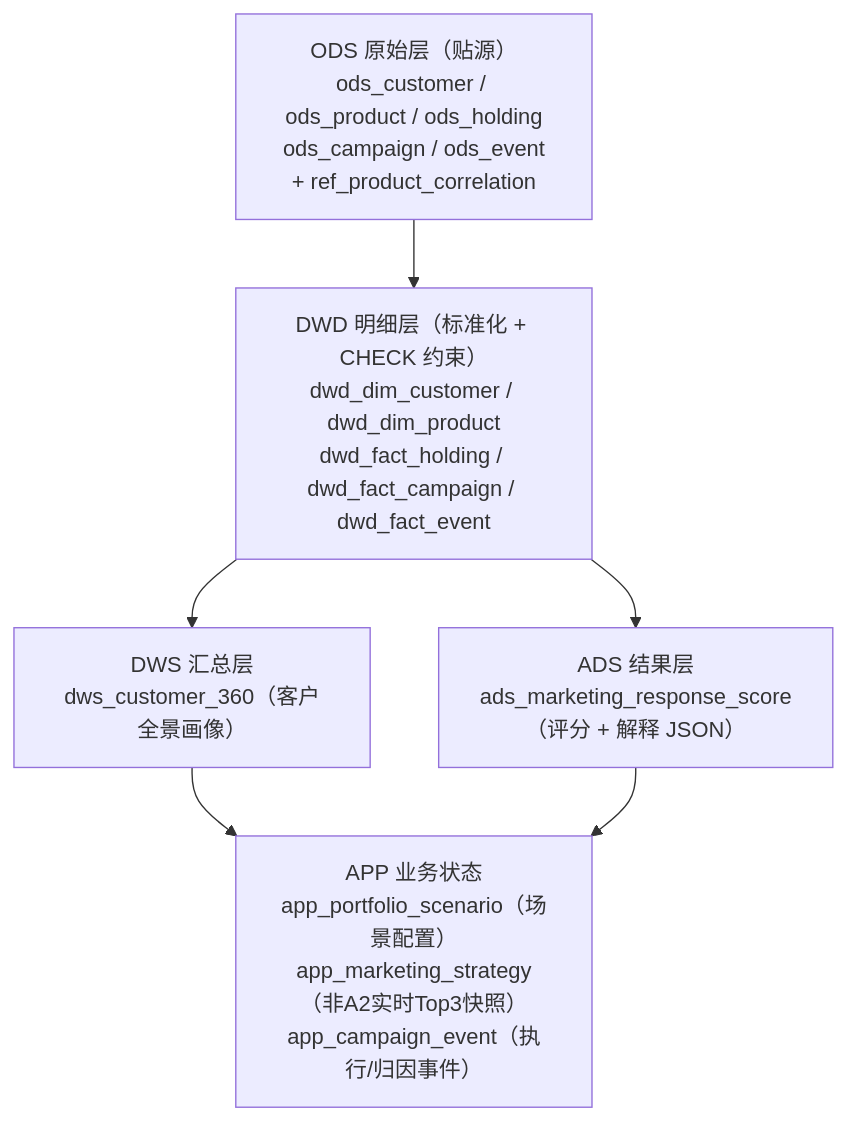
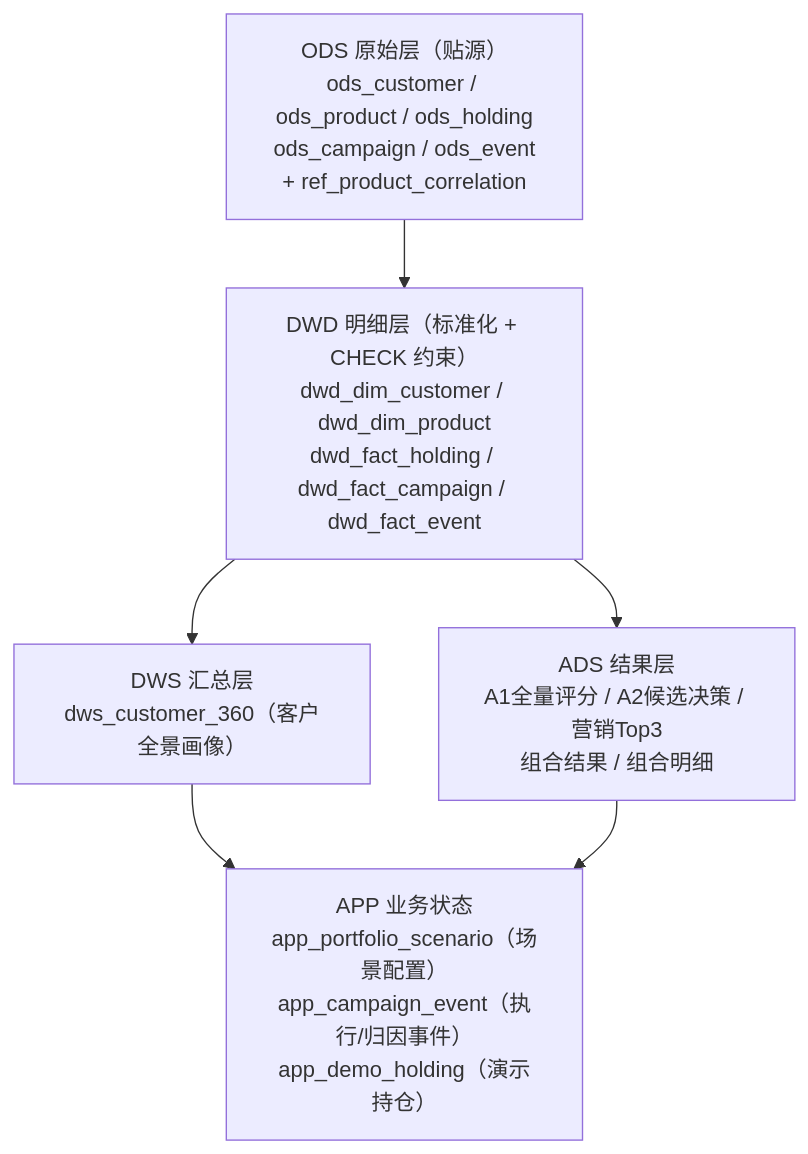
The first of 2 diagrams in src/docs/sdd-platform.md (cpyh/touchCIB), drawn with Mermaid before and after one commit. The commit also changed other lines of this file and 110 other files, not shown here.

````diff
--- a/src/docs/sdd-platform.md
+++ b/src/docs/sdd-platform.md
@@ -12,12 +12,12 @@
 ```mermaid
 flowchart TB
     ODS["ODS 原始层（贴源）<br/>ods_customer / ods_product / ods_holding<br/>ods_campaign / ods_event<br/>+ ref_product_correlation"]
     DWD["DWD 明细层（标准化 + CHECK 约束）<br/>dwd_dim_customer / dwd_dim_product<br/>dwd_fact_holding / dwd_fact_campaign / dwd_fact_event"]
     DWS["DWS 汇总层<br/>dws_customer_360（客户全景画像）"]
-    ADS["ADS 结果层<br/>ads_marketing_response_score（评分 + 解释 JSON）"]
-    APP["APP 业务状态<br/>app_portfolio_scenario（场景配置）<br/>app_marketing_strategy（非A2实时Top3快照）<br/>app_campaign_event（执行/归因事件）"]
+    ADS["ADS 结果层<br/>A1全量评分 / A2候选决策 / 营销Top3<br/>组合结果 / 组合明细"]
+    APP["APP 业务状态<br/>app_portfolio_scenario（场景配置）<br/>app_campaign_event（执行/归因事件）<br/>app_demo_holding（演示持仓）"]
     ODS --> DWD --> DWS
     DWD --> ADS
     DWS --> APP
     ADS --> APP
 ```
````
